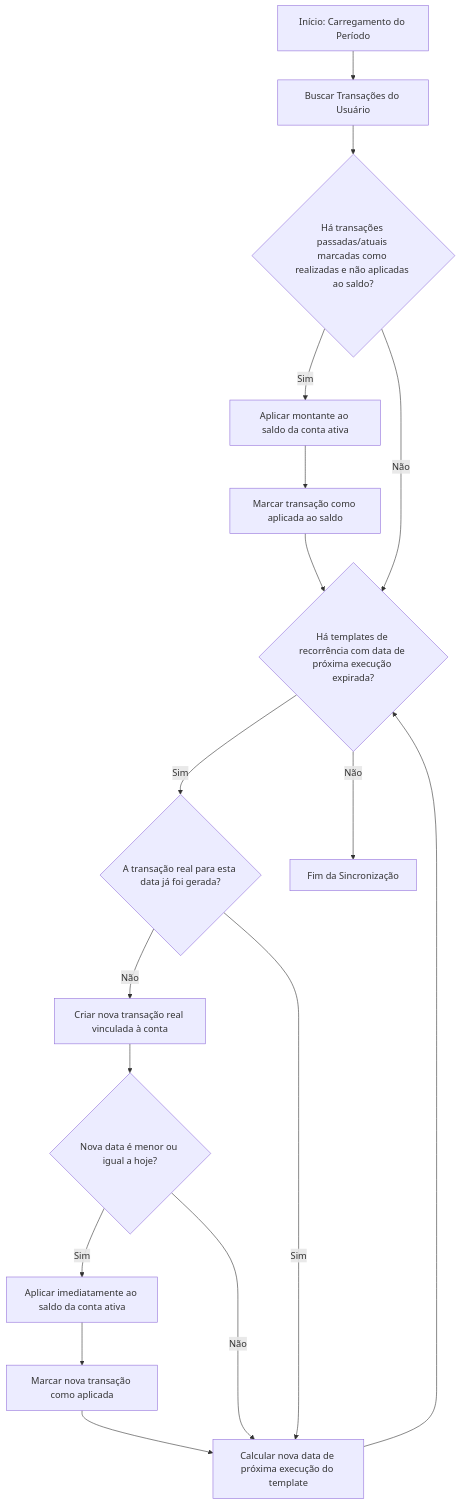
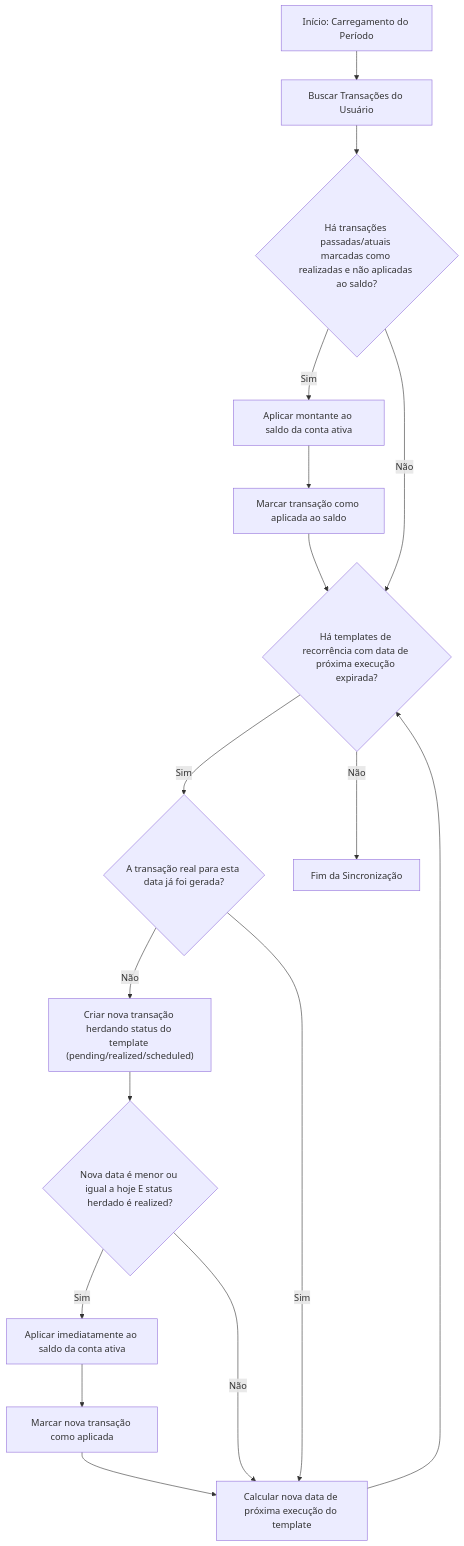
The fourth of 13 diagrams in ARCHITECTURE.md (MatheusPineo/Ynab), drawn with Mermaid before and after one commit. The commit also changed other lines of this file and 11 other files, not shown here.

````diff
--- a/ARCHITECTURE.md
+++ b/ARCHITECTURE.md
@@ -136,21 +138,21 @@
 ```mermaid
 flowchart TD
     A[Início: Carregamento do Período] --> B[Buscar Transações do Usuário]
     B --> C{Há transações passadas/atuais marcadas como realizadas e não aplicadas ao saldo?}
     C -->|Sim| D[Aplicar montante ao saldo da conta ativa]
     D --> E[Marcar transação como aplicada ao saldo]
     E --> F{Há templates de recorrência com data de próxima execução expirada?}
     C -->|Não| F
     
     F -->|Sim| G{A transação real para esta data já foi gerada?}
-    G -->|Não| H[Criar nova transação real vinculada à conta]
-    H --> I{Nova data é menor ou igual a hoje?}
+    G -->|Não| H["Criar nova transação herdando status do template (pending/realized/scheduled)"]
+    H --> I{Nova data é menor ou igual a hoje E status herdado é realized?}
     I -->|Sim| J[Aplicar imediatamente ao saldo da conta ativa]
     J --> K[Marcar nova transação como aplicada]
     K --> L[Calcular nova data de próxima execução do template]
     I -->|Não| L
     G -->|Sim| L
     L --> F
     
     F -->|Não| M[Fim da Sincronização]
 ```
````
